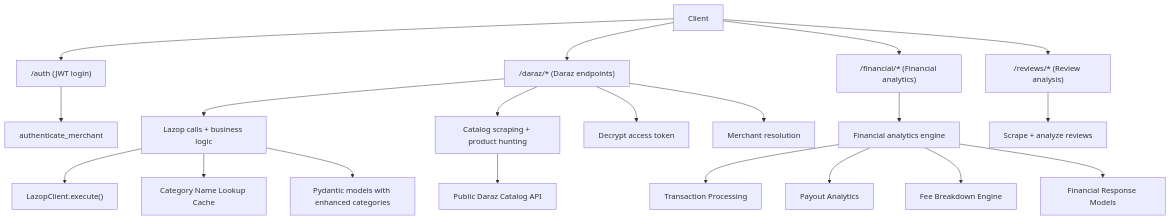
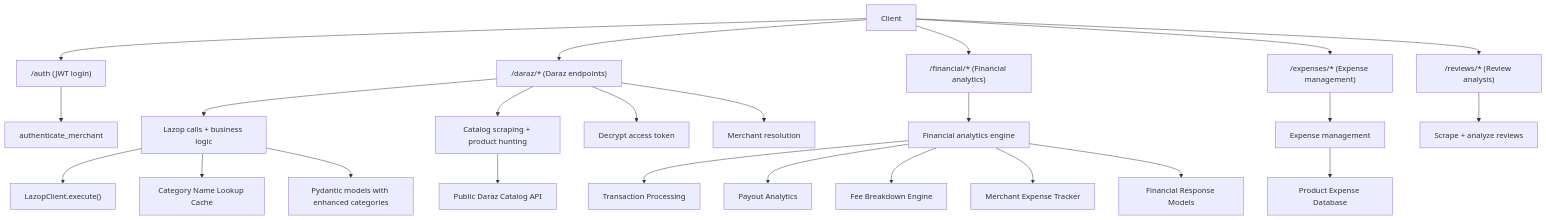
The first of 8 diagrams in .qoder/repowiki/en/content/API Reference/Marketplace Integration API/Daraz Integration API.md (Muhammad-Masood/tijarah-ai-backend), drawn with Mermaid before and after one commit. The commit also changed other lines of this file and 27 other files, not shown here.

````diff
--- a/.qoder/repowiki/en/content/API Reference/Marketplace Integration API/Daraz Integration API.md
+++ b/.qoder/repowiki/en/content/API Reference/Marketplace Integration API/Daraz Integration API.md
@@ -59,22 +63,26 @@
 ```mermaid
 graph TB
 Client["Client"] --> AuthRouter["/auth (JWT login)"]
 Client --> DarazRouter["/daraz/* (Daraz endpoints)"]
 Client --> FinancialRouter["/financial/* (Financial analytics)"]
+Client --> ExpenseRouter["/expenses/* (Expense management)"]
 Client --> ReviewsRouter["/reviews/* (Review analysis)"]
 AuthRouter --> AuthService["authenticate_merchant"]
 DarazRouter --> DarazService["Lazop calls + business logic"]
 DarazRouter --> CatalogService["Catalog scraping + product hunting"]
 FinancialRouter --> FinancialService["Financial analytics engine"]
+ExpenseRouter --> ExpenseService["Expense management"]
 ReviewsRouter --> ReviewsService["Scrape + analyze reviews"]
 DarazService --> LazopClient["LazopClient.execute()"]
 DarazService --> CategoryLookup["Category Name Lookup Cache"]
 FinancialService --> TransactionEngine["Transaction Processing"]
 FinancialService --> PayoutAnalyzer["Payout Analytics"]
 FinancialService --> FeeCalculator["Fee Breakdown Engine"]
+FinancialService --> ExpenseTracker["Merchant Expense Tracker"]
 CatalogService --> PublicAPI["Public Daraz Catalog API"]
+ExpenseService --> Database["Product Expense Database"]
 DarazService --> Models["Pydantic models with enhanced categories"]
 FinancialService --> FinancialModels["Financial Response Models"]
 DarazRouter --> Security["Decrypt access token"]
 DarazRouter --> Dependencies["Merchant resolution"]
 ```
````
